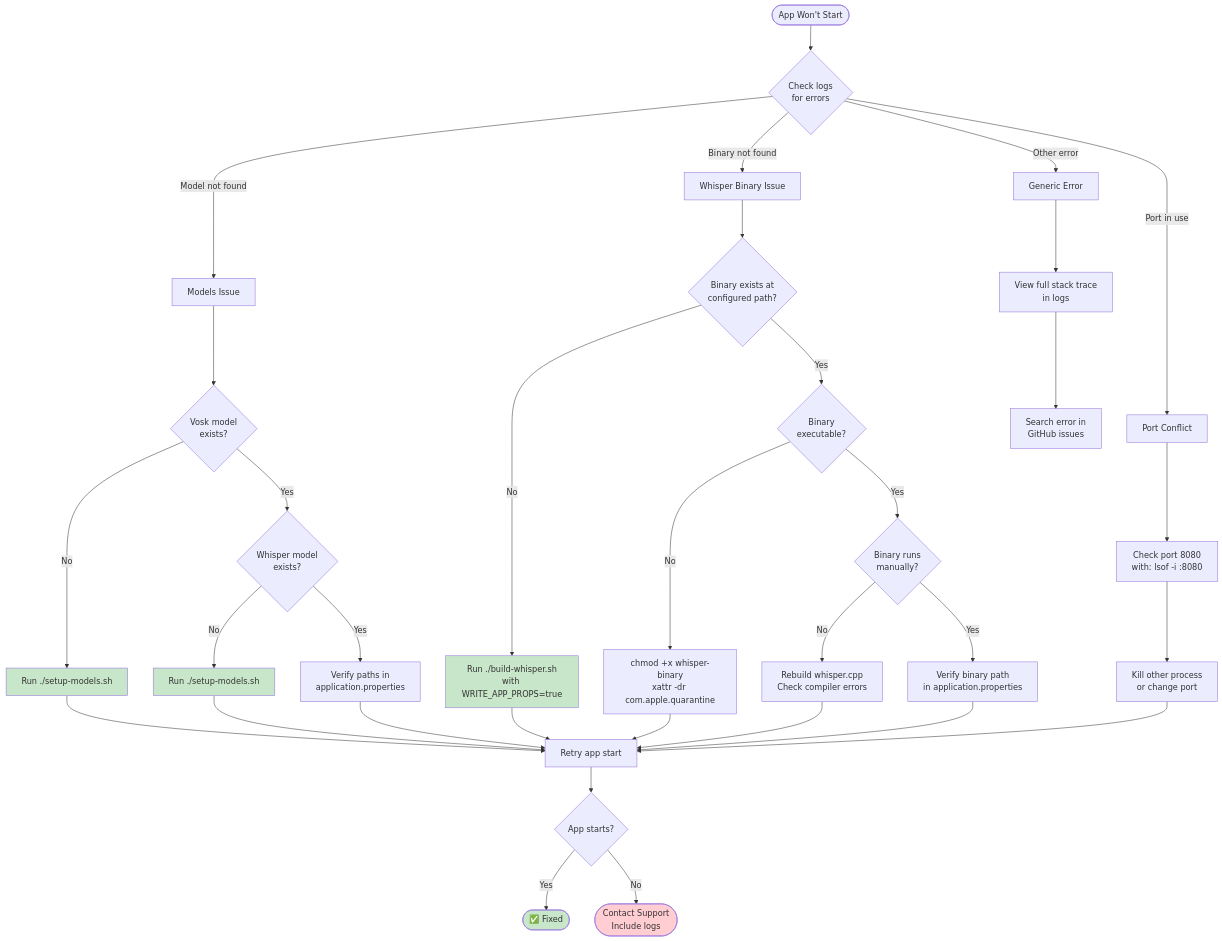
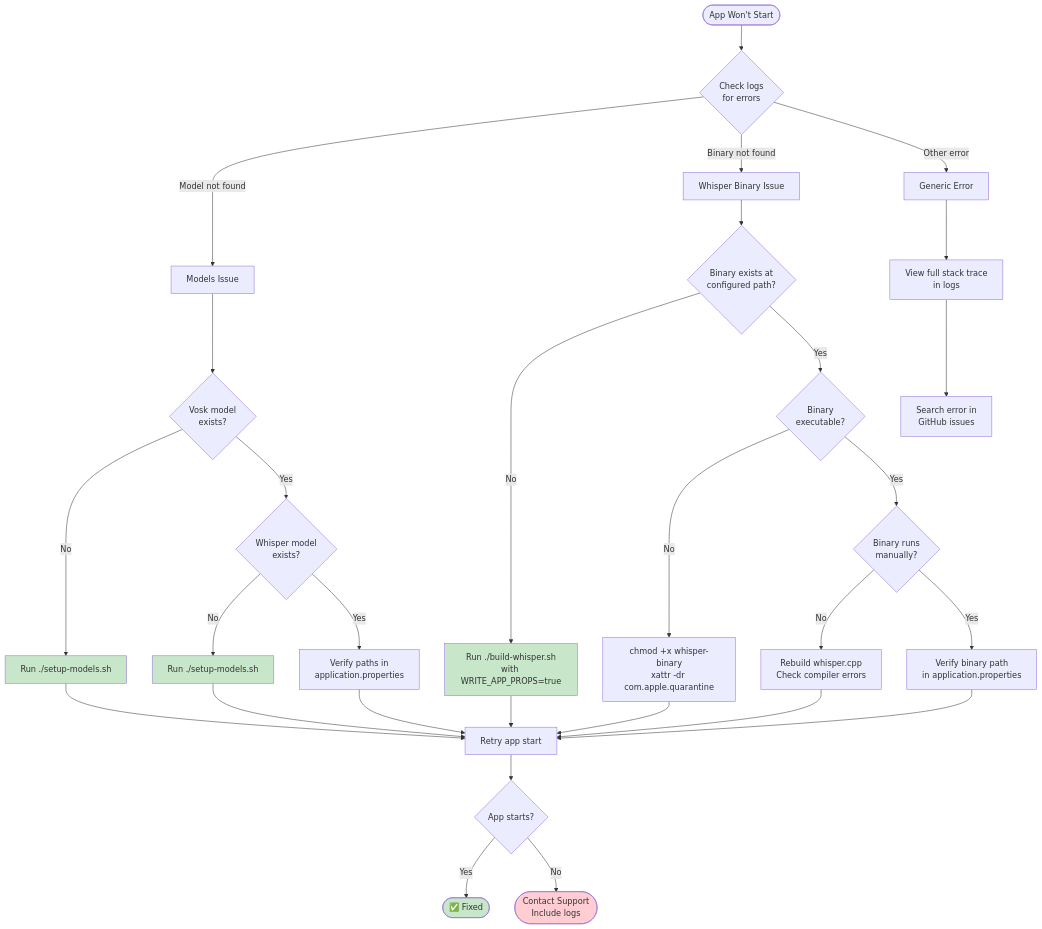
The second of 7 diagrams in docs/diagrams/troubleshooting-guide.md (phillippitts/speakToMack), drawn with Mermaid before and after one commit. The commit also changed other lines of this file and 499 other files, not shown here.

````diff
--- a/docs/diagrams/troubleshooting-guide.md
+++ b/docs/diagrams/troubleshooting-guide.md
@@ -31,48 +31,43 @@
 ```mermaid
 flowchart TD
     Start([App Won't Start]) --> Logs{Check logs<br/>for errors}
 
     Logs -->|Model not found| Models[Models Issue]
     Logs -->|Binary not found| Binary[Whisper Binary Issue]
-    Logs -->|Port in use| Port[Port Conflict]
     Logs -->|Other error| Generic[Generic Error]
 
     Models --> VoskMissing{Vosk model<br/>exists?}
     VoskMissing -->|No| DLVosk[Run ./setup-models.sh]
     VoskMissing -->|Yes| WhisperMissing{Whisper model<br/>exists?}
     WhisperMissing -->|No| DLWhisper[Run ./setup-models.sh]
     WhisperMissing -->|Yes| CheckPath[Verify paths in<br/>application.properties]
 
     Binary --> BinExists{Binary exists at<br/>configured path?}
     BinExists -->|No| BuildBin[Run ./build-whisper.sh<br/>with WRITE_APP_PROPS=true]
     BinExists -->|Yes| BinExec{Binary<br/>executable?}
     BinExec -->|No| FixPerms[chmod +x whisper-binary<br/>xattr -dr com.apple.quarantine]
     BinExec -->|Yes| BinWorks{Binary runs<br/>manually?}
     BinWorks -->|No| Rebuild[Rebuild whisper.cpp<br/>Check compiler errors]
     BinWorks -->|Yes| VerifyProps[Verify binary path<br/>in application.properties]
 
-    Port --> CheckPort[Check port 8080<br/>with: lsof -i :8080]
-    CheckPort --> KillOther[Kill other process<br/>or change port]
-
     Generic --> ViewFull[View full stack trace<br/>in logs]
     ViewFull --> Search[Search error in<br/>GitHub issues]
 
     DLVosk --> Retry1[Retry app start]
     DLWhisper --> Retry1
     CheckPath --> Retry1
     BuildBin --> Retry1
     FixPerms --> Retry1
     Rebuild --> Retry1
     VerifyProps --> Retry1
-    KillOther --> Retry1
 
     Retry1 --> Success{App starts?}
     Success -->|Yes| Fixed([✅ Fixed])
     Success -->|No| Support([Contact Support<br/>Include logs])
 
     style DLVosk fill:#c8e6c9
     style DLWhisper fill:#c8e6c9
     style BuildBin fill:#c8e6c9
     style Fixed fill:#c8e6c9
     style Support fill:#ffcdd2
 ```
````
